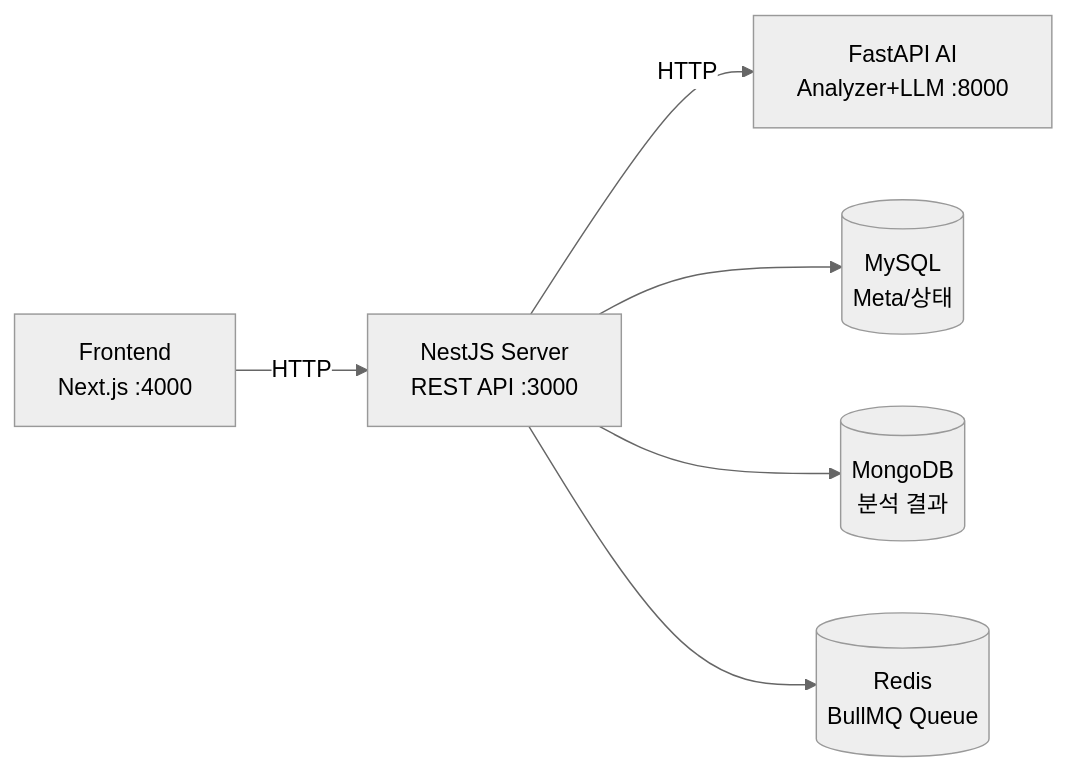
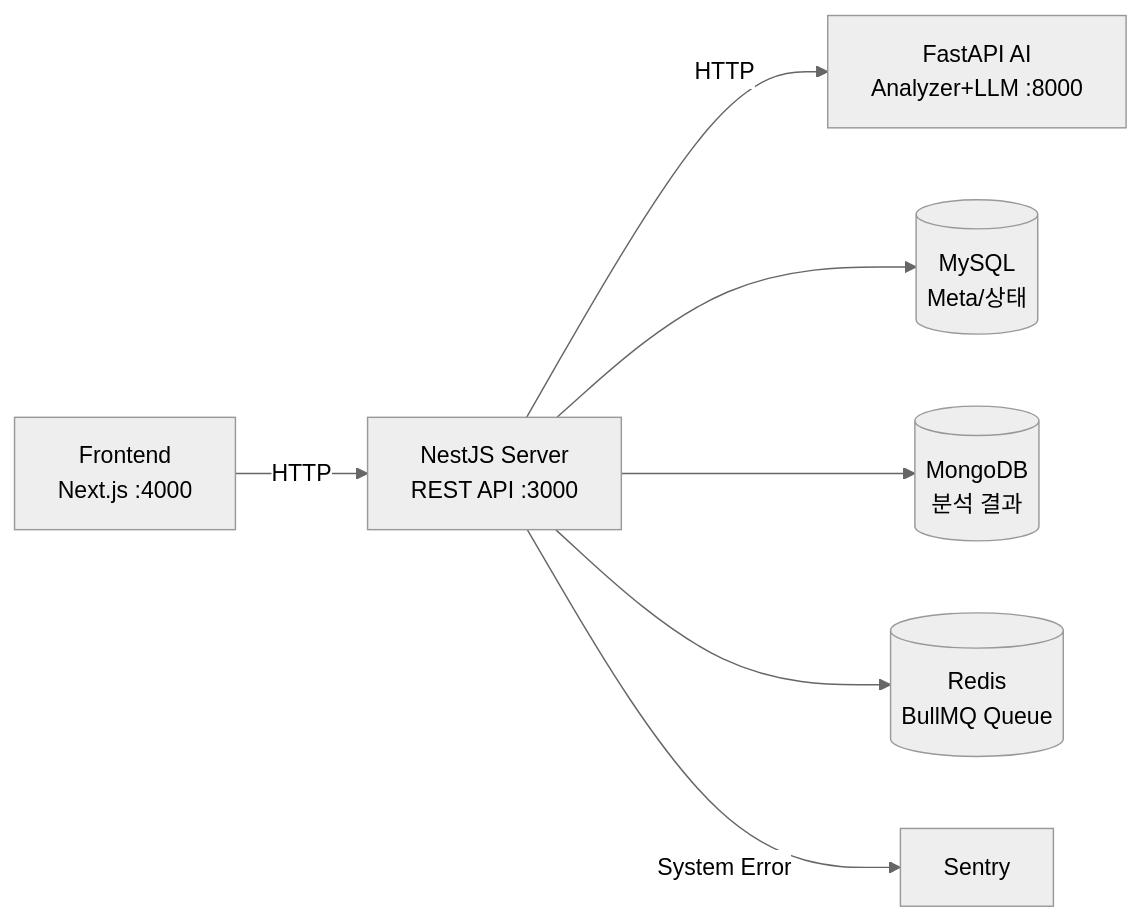
The first of 2 diagrams in README.md (wjdghtls95/motionlab-server), drawn with Mermaid (neutral theme) before and after one commit. The commit also changed other lines of this file and 4 other files, not shown here.

````diff
--- a/README.md
+++ b/README.md
@@ -25,8 +26,9 @@
 ```mermaid
 graph LR
     A[Frontend<br/>Next.js :4000] -->|HTTP| B[NestJS Server<br/>REST API :3000]
     B -->|HTTP| C[FastAPI AI<br/>Analyzer+LLM :8000]
     B --> D[(MySQL<br/>Meta/상태)]
     B --> E[(MongoDB<br/>분석 결과)]
     B --> F[(Redis<br/>BullMQ Queue)]
+    B -->|System Error| G[Sentry]
 ```
````
